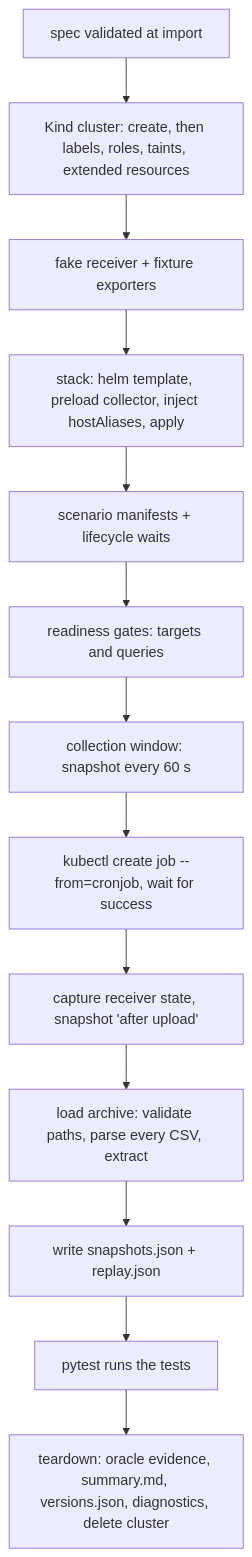
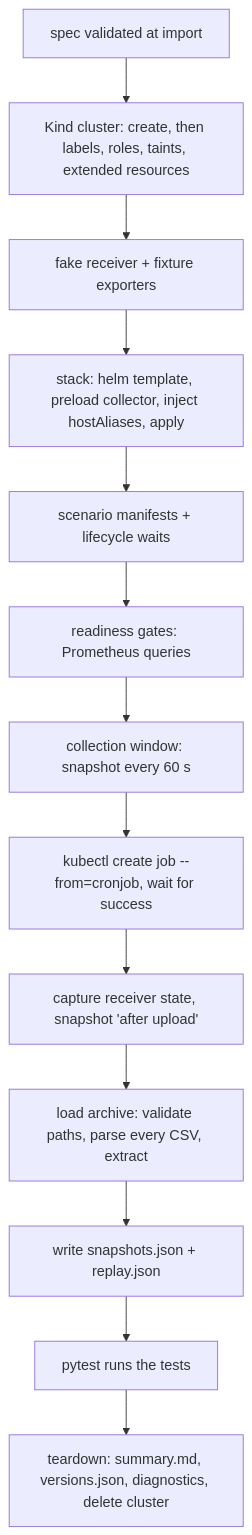
Before and after one commit to densify-dev/kubex-stack-e2e: the second of 3 diagrams in docs/architecture.md, drawn with Mermaid. The commit also changed other lines of this file and 5 other files, not shown here.

Commit message:
docs: match the harness changes and trim the architecture guide

````diff
--- a/docs/architecture.md
+++ b/docs/architecture.md
@@ -92,15 +57,15 @@
 ```mermaid
 flowchart TD
   A["spec validated at import"] --> B["Kind cluster: create, then labels, roles, taints, extended resources"]
   B --> C["fake receiver + fixture exporters"]
   C --> D["stack: helm template, preload collector, inject hostAliases, apply"]
   D --> E["scenario manifests + lifecycle waits"]
-  E --> F["readiness gates: targets and queries"]
+  E --> F["readiness gates: Prometheus queries"]
   F --> G["collection window: snapshot every 60 s"]
   G --> H["kubectl create job --from=cronjob, wait for success"]
   H --> I["capture receiver state, snapshot 'after upload'"]
   I --> J["load archive: validate paths, parse every CSV, extract"]
   J --> K["write snapshots.json + replay.json"]
   K --> L["pytest runs the tests"]
-  L --> M["teardown: oracle evidence, summary.md, versions.json, diagnostics, delete cluster"]
+  L --> M["teardown: summary.md, versions.json, diagnostics, delete cluster"]
 ```
````
